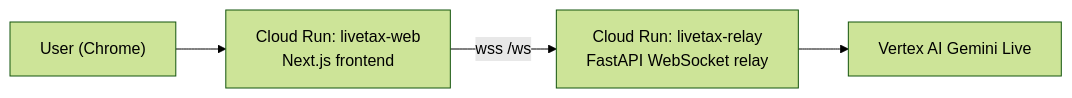
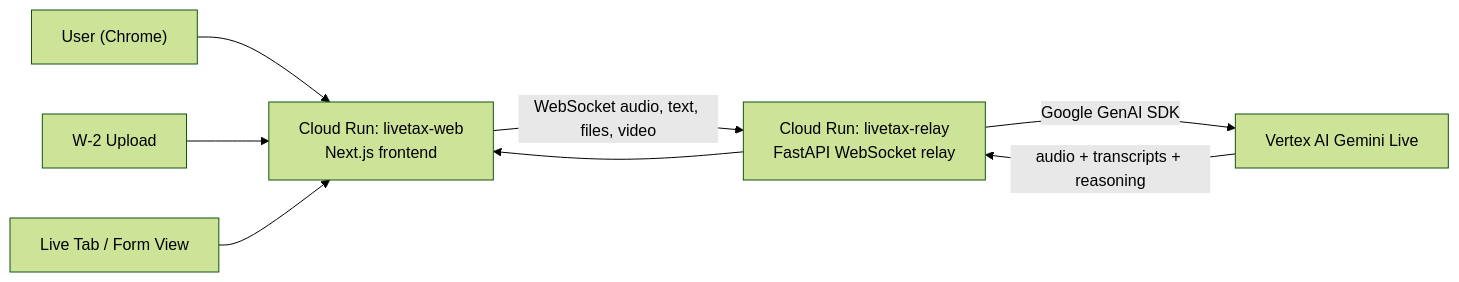
Before and after one commit to jayyvk/livetax-agent: the diagram in README.md, drawn with Mermaid (forest theme). The commit also changed other lines of this file and 2 other files, not shown here.

Commit message:
Polish interaction flow and hackathon README

````diff
--- a/README.md
+++ b/README.md
@@ -7,11 +63,17 @@
 ```mermaid
 flowchart LR
   U["User (Chrome)"]
-  W["Cloud Run: livetax-web<br/>Next.js frontend"]
-  R["Cloud Run: livetax-relay<br/>FastAPI WebSocket relay"]
+  F["Cloud Run: livetax-web<br/>Next.js frontend"]
+  B["Cloud Run: livetax-relay<br/>FastAPI WebSocket relay"]
   V["Vertex AI Gemini Live"]
+  D["W-2 Upload"]
+  S["Live Tab / Form View"]
 
-  U --> W
-  W -->|"wss /ws"| R
-  R --> V
+  U --> F
+  D --> F
+  S --> F
+  F -->|"WebSocket audio, text, files, video"| B
+  B -->|"Google GenAI SDK"| V
+  V -->|"audio + transcripts + reasoning"| B
+  B --> F
 ```
````
